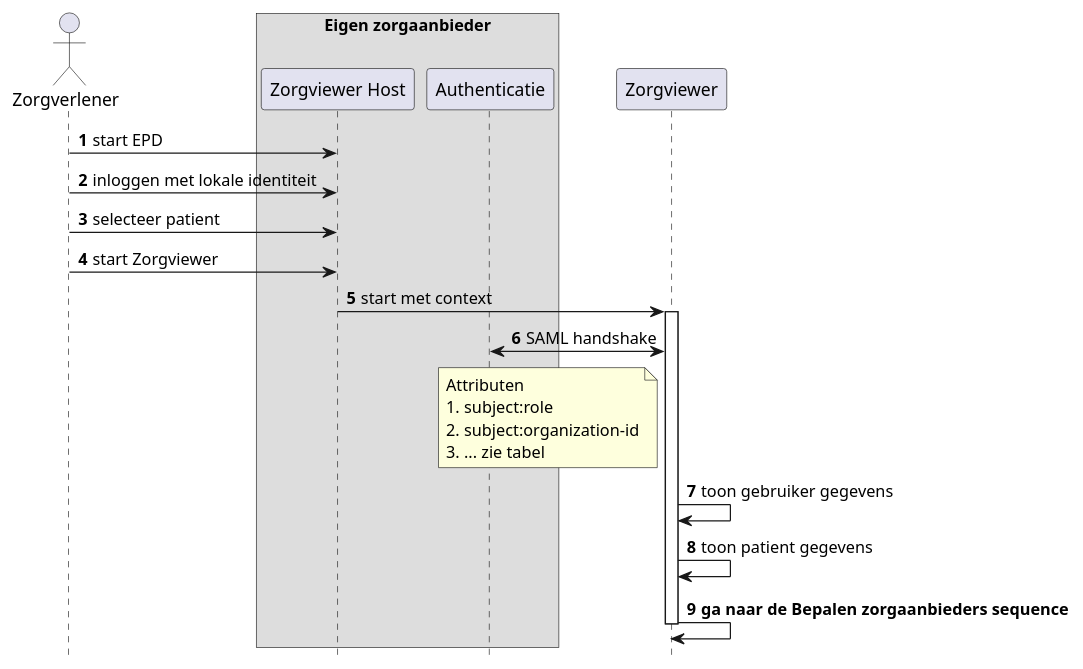
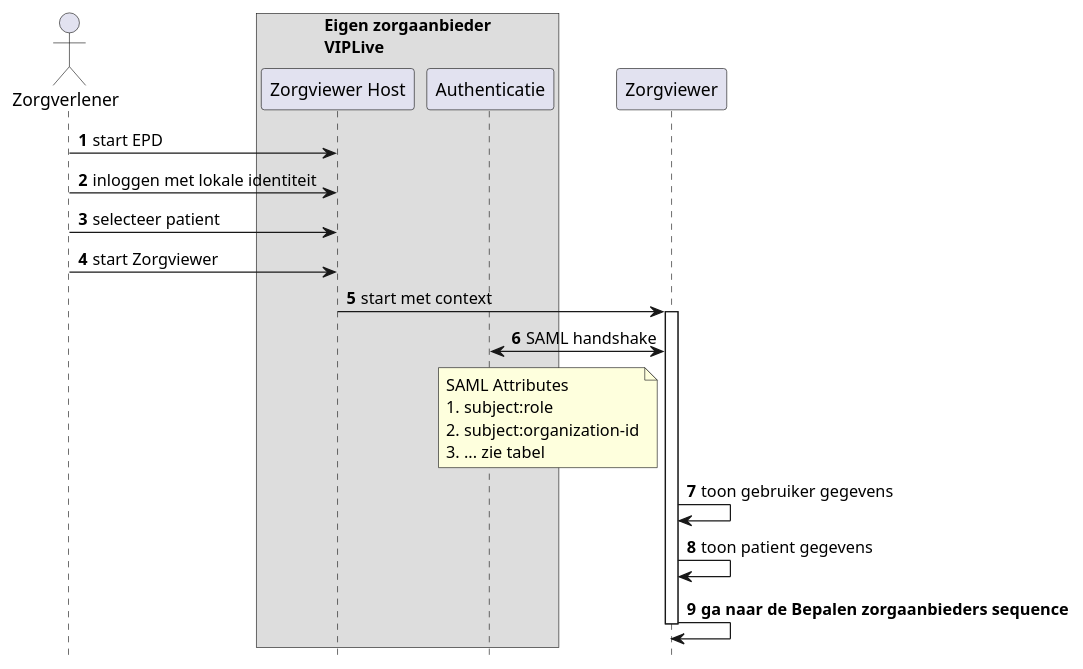
The diagram in input/images-source/Zorgviewer-seq-1-viplive.plantuml (RIVO-Noord/zorgviewer-ig), drawn with PlantUML before and after one commit. The commit also changed 2 other files, not shown here.

Commit message:
Sequence diagram zp

```diff
--- a/input/images-source/Zorgviewer-seq-1-viplive.plantuml
+++ b/input/images-source/Zorgviewer-seq-1-viplive.plantuml
@@ -1,32 +1,32 @@
 @startuml
 hide footbox
 autonumber
 
 actor Zorgverlener
-box "Eigen zorgaanbieder"
+box "Eigen zorgaanbieder\nVIPLive"
 participant "Zorgviewer Host" as Host
 participant Authenticatie
 end box
 participant Zorgviewer
 
 Zorgverlener->Host: start EPD
 Zorgverlener->Host: inloggen met lokale identiteit
 Zorgverlener->Host: selecteer patient
 Zorgverlener->Host: start Zorgviewer
 Host->Zorgviewer: start met context
 activate Zorgviewer
 Zorgviewer<->Authenticatie: SAML handshake
 note left Zorgviewer
- Attributen
+ SAML Attributes
  # subject:role
  # subject:organization-id
  # ... zie tabel
 end note
 Zorgviewer->Zorgviewer: toon gebruiker gegevens
 Zorgviewer->Zorgviewer: toon patient gegevens
 
 Zorgviewer->Zorgviewer: **ga naar de Bepalen zorgaanbieders sequence**
 
 deactivate Zorgviewer
 
 @enduml
```
